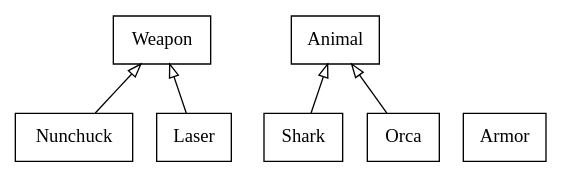
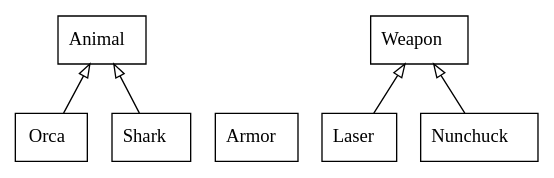
One commit to slinkp/inheritance_talk changed the diagram in samples/shark_composition_3.py.dot. Above: the diagram before and after it, drawn with Graphviz. The commit also changed 15 other files, not shown here.

```diff
--- a/samples/shark_composition_3.py.dot
+++ b/samples/shark_composition_3.py.dot
@@ -1,15 +1,15 @@
-digraph "classes_No_Name" {
+digraph "classes" {
+rankdir=BT
 charset="utf-8"
-rankdir=BT
-"2" [label="Nunchuck", shape="record"];
-"3" [label="Weapon", shape="record"];
-"4" [label="Shark", shape="record"];
-"5" [label="Animal", shape="record"];
-"6" [label="Laser", shape="record"];
-"7" [label="Armor", shape="record"];
-"8" [label="Orca", shape="record"];
-"2" -> "3" [arrowhead="empty", arrowtail="none"];
-"4" -> "5" [arrowhead="empty", arrowtail="none"];
-"6" -> "3" [arrowhead="empty", arrowtail="none"];
-"8" -> "5" [arrowhead="empty", arrowtail="none"];
+"shark_composition_3.Animal" [color="black", fontcolor="black", label=<Animal>, shape="record", style="solid"];
+"shark_composition_3.Armor" [color="black", fontcolor="black", label=<Armor>, shape="record", style="solid"];
+"shark_composition_3.Laser" [color="black", fontcolor="black", label=<Laser>, shape="record", style="solid"];
+"shark_composition_3.Nunchuck" [color="black", fontcolor="black", label=<Nunchuck>, shape="record", style="solid"];
+"shark_composition_3.Orca" [color="black", fontcolor="black", label=<Orca>, shape="record", style="solid"];
+"shark_composition_3.Shark" [color="black", fontcolor="black", label=<Shark>, shape="record", style="solid"];
+"shark_composition_3.Weapon" [color="black", fontcolor="black", label=<Weapon>, shape="record", style="solid"];
+"shark_composition_3.Laser" -> "shark_composition_3.Weapon" [arrowhead="empty", arrowtail="none"];
+"shark_composition_3.Nunchuck" -> "shark_composition_3.Weapon" [arrowhead="empty", arrowtail="none"];
+"shark_composition_3.Orca" -> "shark_composition_3.Animal" [arrowhead="empty", arrowtail="none"];
+"shark_composition_3.Shark" -> "shark_composition_3.Animal" [arrowhead="empty", arrowtail="none"];
 }
```
